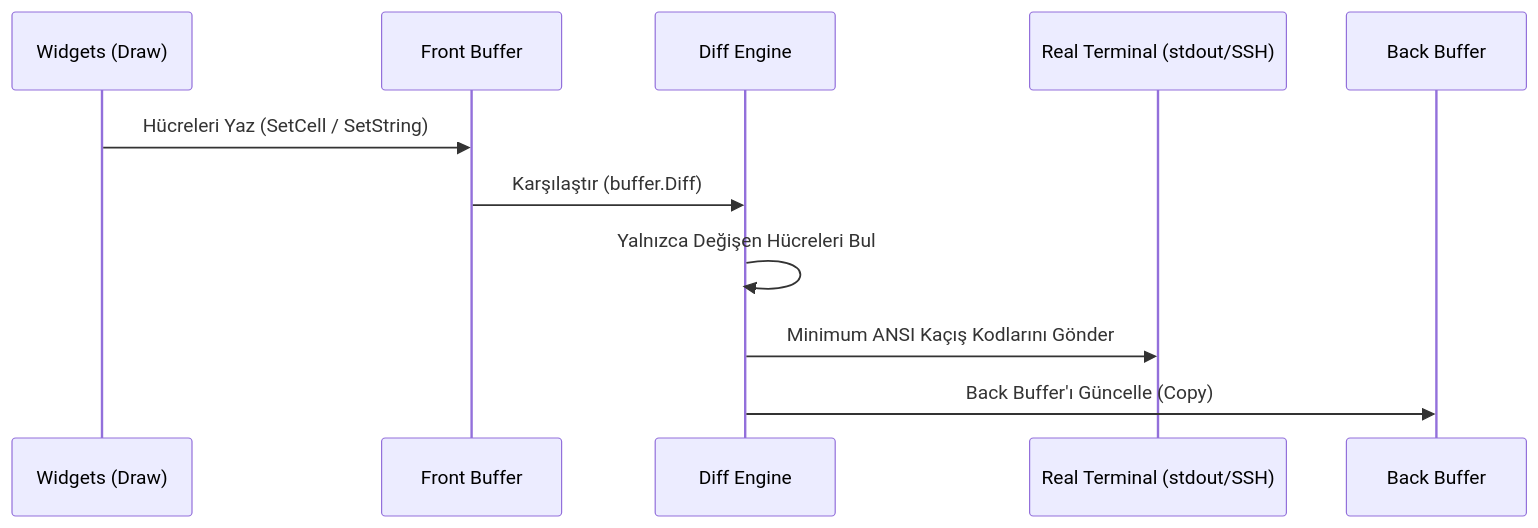
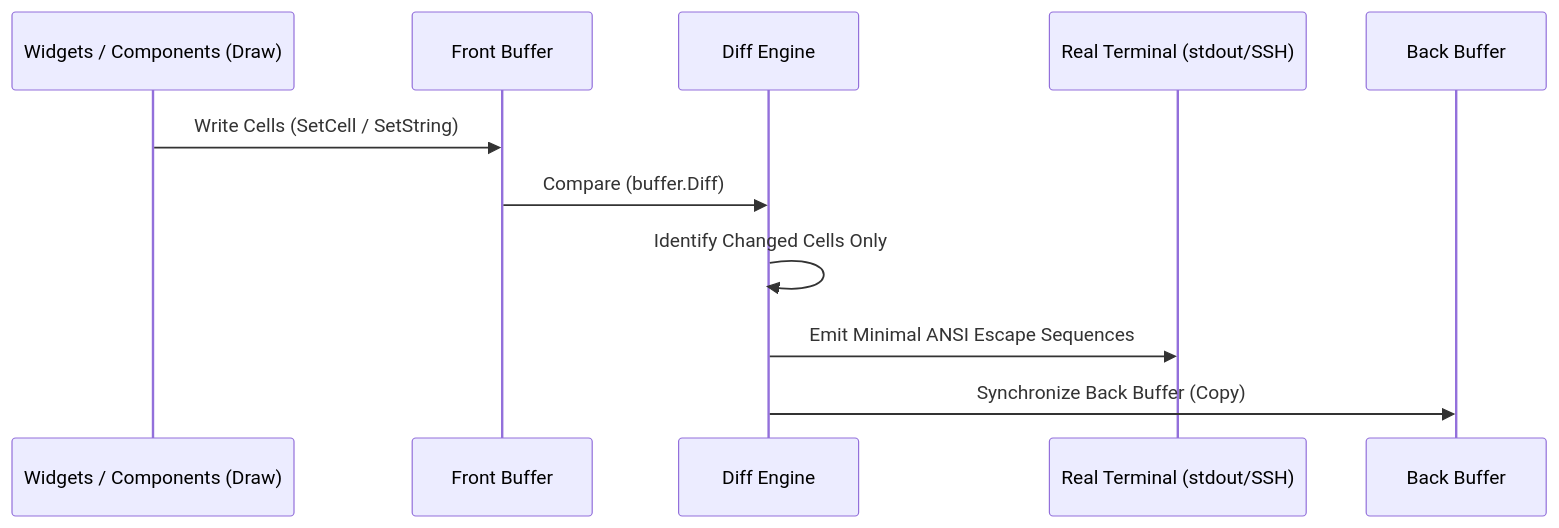
Before and after one commit to thebanri/limoni: the diagram in docs/architecture.md, drawn with Mermaid. The commit also changed other lines of this file and 12 other files, not shown here.

````diff
--- a/docs/architecture.md
+++ b/docs/architecture.md
@@ -47,14 +47,14 @@
 ```mermaid
 sequenceDiagram
-    participant W as Widgets (Draw)
+    participant W as Widgets / Components (Draw)
     participant F as Front Buffer
     participant D as Diff Engine
     participant T as Real Terminal (stdout/SSH)
     participant B as Back Buffer
 
-    W->>F: Hücreleri Yaz (SetCell / SetString)
-    F->>D: Karşılaştır (buffer.Diff)
-    D->>D: Yalnızca Değişen Hücreleri Bul
-    D->>T: Minimum ANSI Kaçış Kodlarını Gönder
-    D->>B: Back Buffer'ı Güncelle (Copy)
+    W->>F: Write Cells (SetCell / SetString)
+    F->>D: Compare (buffer.Diff)
+    D->>D: Identify Changed Cells Only
+    D->>T: Emit Minimal ANSI Escape Sequences
+    D->>B: Synchronize Back Buffer (Copy)
 ```
````
